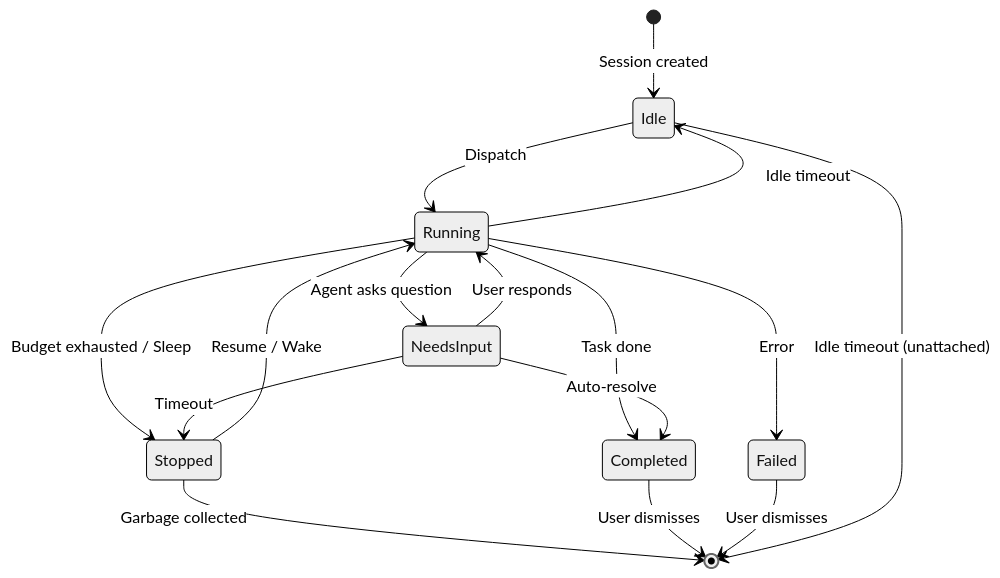
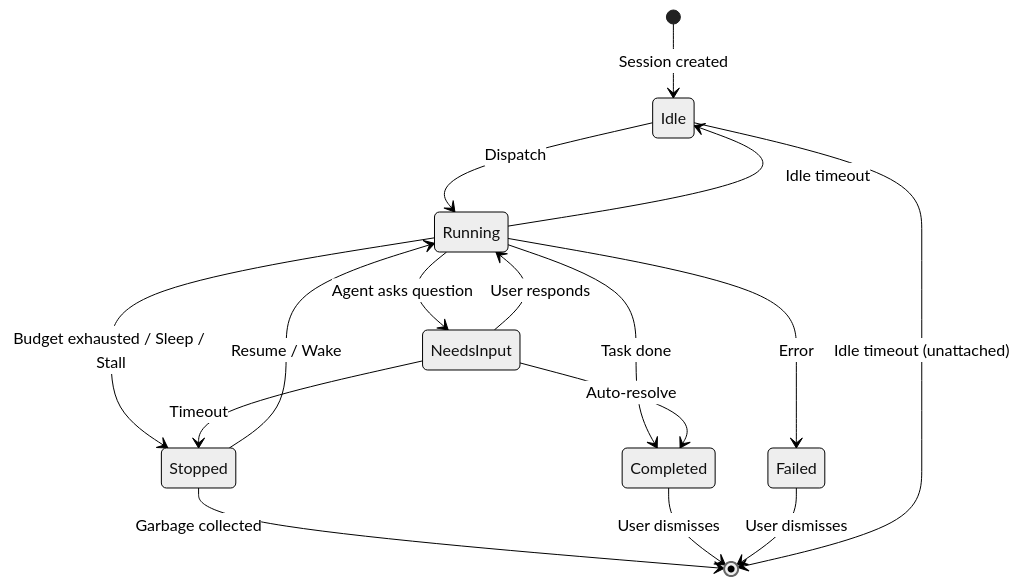
One commit to ndqkhanh/lyra changed the second of 2 diagrams in docs/lyra-upgrade/plans/14-autonomy.md. Above: the diagram before and after it, drawn with Mermaid (neutral theme). The commit also changed other lines of this file and 776 other files, not shown here.

````diff
--- a/docs/lyra-upgrade/plans/14-autonomy.md
+++ b/docs/lyra-upgrade/plans/14-autonomy.md
@@ -396,23 +546,23 @@
 ```mermaid
 stateDiagram-v2
     [*] --> Idle: Session created
     
     Idle --> Running: Dispatch
     Running --> NeedsInput: Agent asks question
     Running --> Completed: Task done
     Running --> Failed: Error
-    Running --> Stopped: Budget exhausted / Sleep
+    Running --> Stopped: Budget exhausted / Sleep / Stall
     Running --> Idle: Idle timeout
     
     NeedsInput --> Running: User responds
     NeedsInput --> Stopped: Timeout
     NeedsInput --> Completed: Auto-resolve
     
     Stopped --> Running: Resume / Wake
     Stopped --> [*]: Garbage collected
     
     Completed --> [*]: User dismisses
     Failed --> [*]: User dismisses
     
     Idle --> [*]: Idle timeout (unattached)
 ```
````
